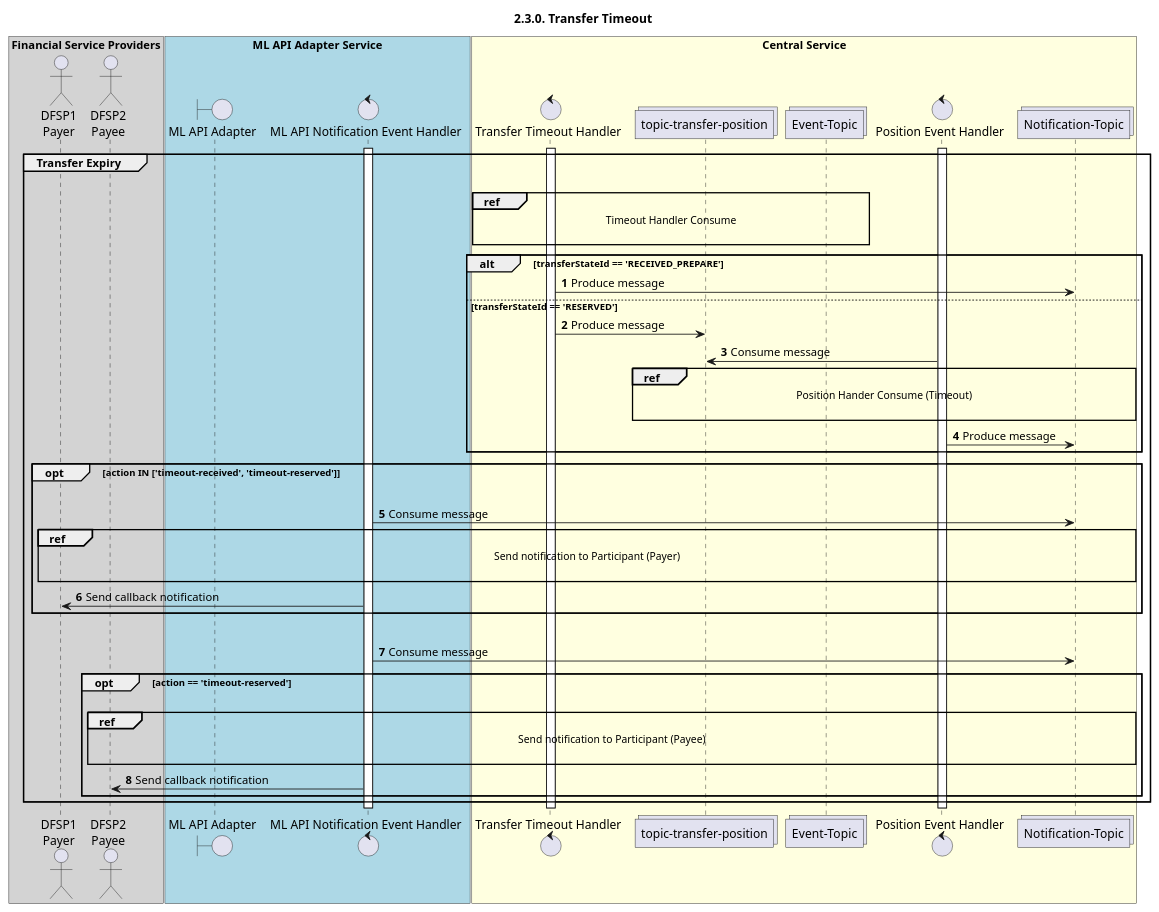
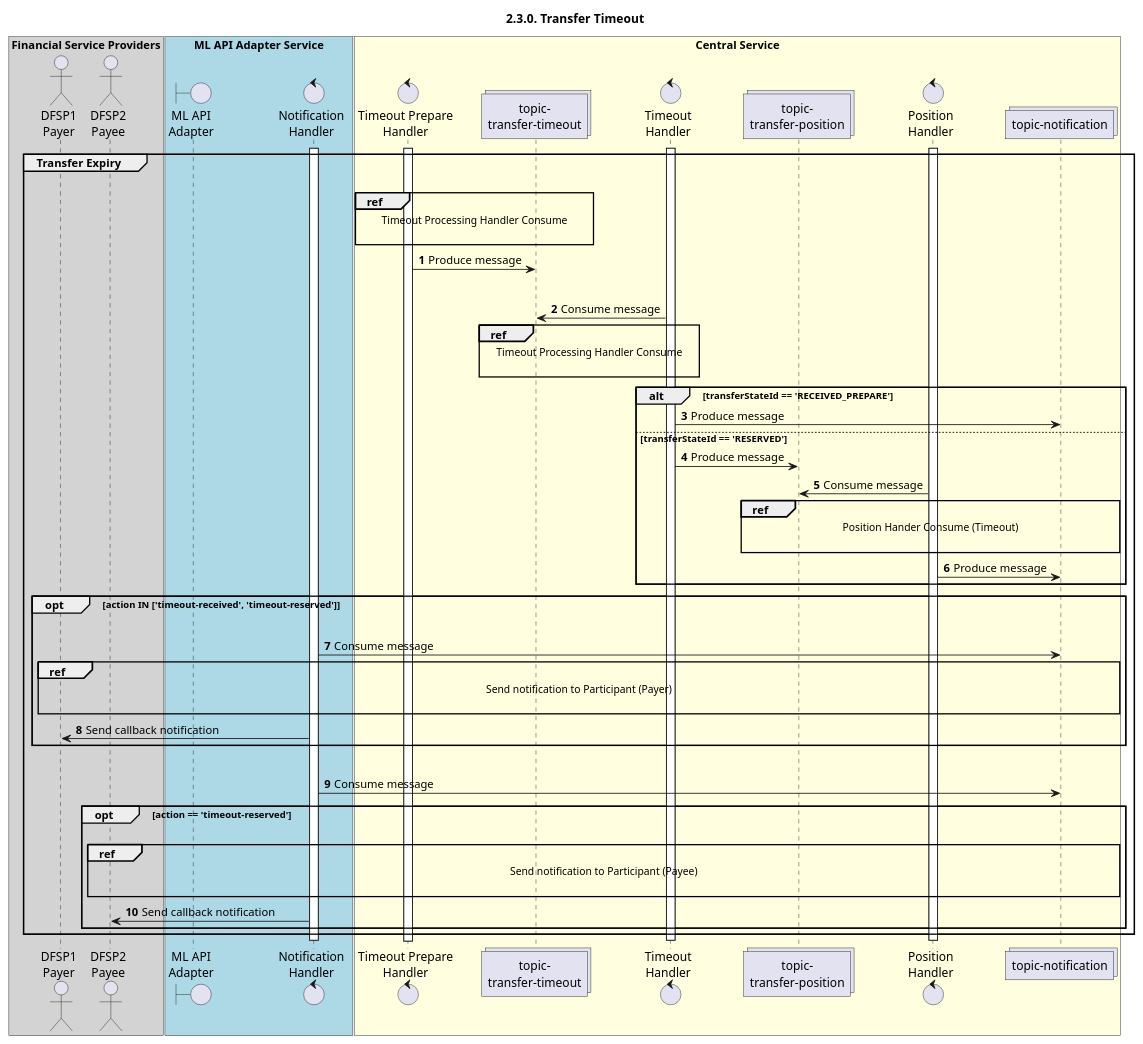
The diagram in mojaloop-technical-overview/central-ledger/assets/diagrams/sequence/seq-timeout-2.3.0.plantuml (mojaloop/documentation), drawn with PlantUML before and after one commit. The commit also changed other lines of this file and 5 other files, not shown here.

First line of the commit message:
feature/1089 Timeout Handler Enhancement (#153)

```diff
--- a/mojaloop-technical-overview/central-ledger/assets/diagrams/sequence/seq-timeout-2.3.0.plantuml
+++ b/mojaloop-technical-overview/central-ledger/assets/diagrams/sequence/seq-timeout-2.3.0.plantuml
@@ -25,75 +26,82 @@
 @startuml
 ' declate title
 title 2.3.0. Transfer Timeout
 
 autonumber
 
 ' Actor Keys:
 '   boundary - APIs/Interfaces, etc
 '   collections - Kafka Topics
 '   control - Kafka Consumers
 '   entity - Database Access Objects
 '   database - Database Persistance Store
 
 ' declare actors
 actor "DFSP1\nPayer" as DFSP1
 actor "DFSP2\nPayee" as DFSP2
-boundary "ML API Adapter" as MLAPI
-control "ML API Notification Event Handler" as NOTIFY_HANDLER
-control "Transfer Timeout Handler" as EXP_HANDLER
-collections "topic-transfer-position" as TOPIC_TRANSFER_POSITION
-control "Position Event Handler" as POS_HANDLER
-collections "Notification-Topic" as TOPIC_NOTIFICATIONS
-collections "Event-Topic" as TOPIC_EVENT
+boundary "ML API\nAdapter" as MLAPI
+control "Notification\nHandler" as NOTIFY_HANDLER
+control  "Timeout Prepare\nHandler" as TIMEOUT_PREP_HANDLER
+collections "topic-\ntransfer-timeout" as TOPIC_TRANSFER_TIMEOUT
+control "Timeout\nHandler" as TIMEOUT_HANDLER
+collections "topic-\ntransfer-position" as TOPIC_TRANSFER_POSITION
+control "Position\nHandler" as POS_HANDLER
+collections "topic-notification" as TOPIC_NOTIFICATIONS
 
-box "Financial Service Providers" #lightGray
+box "Financial Service Providers" #lightgray
 	participant DFSP1
 	participant DFSP2
 end box
 
-box "ML API Adapter Service" #LightBlue
+box "ML API Adapter Service" #lightblue
 	participant MLAPI
 	participant NOTIFY_HANDLER
 end box
 
-box "Central Service" #LightYellow
-    participant EXP_HANDLER
+box "Central Service" #lightyellow
+    participant TIMEOUT_PREP_HANDLER
+    participant TOPIC_TRANSFER_TIMEOUT
+    participant TIMEOUT_HANDLER
     participant TOPIC_TRANSFER_POSITION
-    participant TOPIC_EVENT
     participant POS_HANDLER
     participant TOPIC_NOTIFICATIONS
 end box
 
 ' start flow
+activate TIMEOUT_PREP_HANDLER
 activate NOTIFY_HANDLER
-activate EXP_HANDLER
+activate TIMEOUT_HANDLER
 activate POS_HANDLER
 group Transfer Expiry
     |||
-    ref over EXP_HANDLER, TOPIC_EVENT :  Timeout Handler Consume\n
+    ref over TIMEOUT_PREP_HANDLER, TOPIC_TRANSFER_TIMEOUT:  Timeout Processing Handler Consume\n
+    TIMEOUT_PREP_HANDLER -> TOPIC_TRANSFER_TIMEOUT: Produce message
+    |||
+    TOPIC_TRANSFER_TIMEOUT <- TIMEOUT_HANDLER: Consume message
+    ref over TOPIC_TRANSFER_TIMEOUT, TIMEOUT_HANDLER:  Timeout Processing Handler Consume\n
     alt transferStateId == 'RECEIVED_PREPARE'
-        EXP_HANDLER -> TOPIC_NOTIFICATIONS: Produce message
+        TIMEOUT_HANDLER -> TOPIC_NOTIFICATIONS: Produce message
     else transferStateId == 'RESERVED'
-        EXP_HANDLER -> TOPIC_TRANSFER_POSITION: Produce message
+        TIMEOUT_HANDLER -> TOPIC_TRANSFER_POSITION: Produce message
         TOPIC_TRANSFER_POSITION <- POS_HANDLER: Consume message
-        ref over TOPIC_TRANSFER_POSITION, TOPIC_NOTIFICATIONS :  Position Hander Consume (Timeout)\n
+        ref over TOPIC_TRANSFER_POSITION, TOPIC_NOTIFICATIONS:  Position Hander Consume (Timeout)\n
         POS_HANDLER -> TOPIC_NOTIFICATIONS: Produce message
     end
     opt action IN ['timeout-received', 'timeout-reserved']
         |||
         TOPIC_NOTIFICATIONS <- NOTIFY_HANDLER: Consume message
         ref over DFSP1, TOPIC_NOTIFICATIONS : Send notification to Participant (Payer)\n
         NOTIFY_HANDLER -> DFSP1: Send callback notification
     end
     |||
     TOPIC_NOTIFICATIONS <- NOTIFY_HANDLER: Consume message
     opt action == 'timeout-reserved'
         |||
         ref over DFSP2, TOPIC_NOTIFICATIONS : Send notification to Participant (Payee)\n
         NOTIFY_HANDLER -> DFSP2: Send callback notification
     end
 end
 deactivate POS_HANDLER
-deactivate EXP_HANDLER
+deactivate TIMEOUT_HANDLER
 deactivate NOTIFY_HANDLER
 @enduml
```
